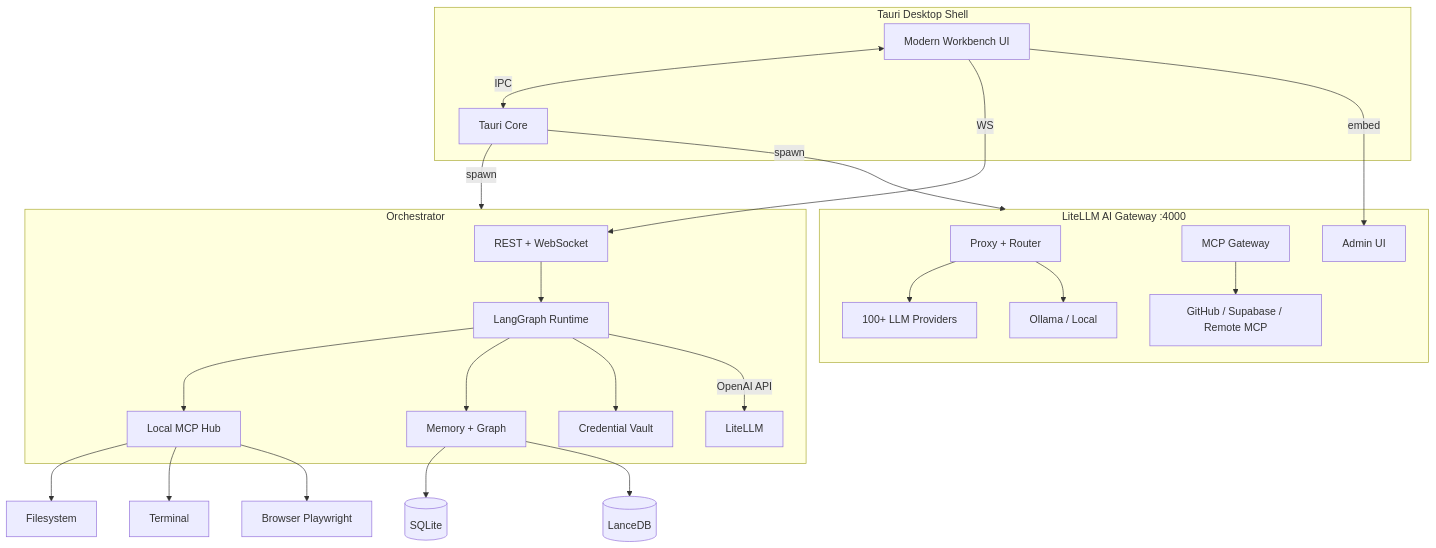
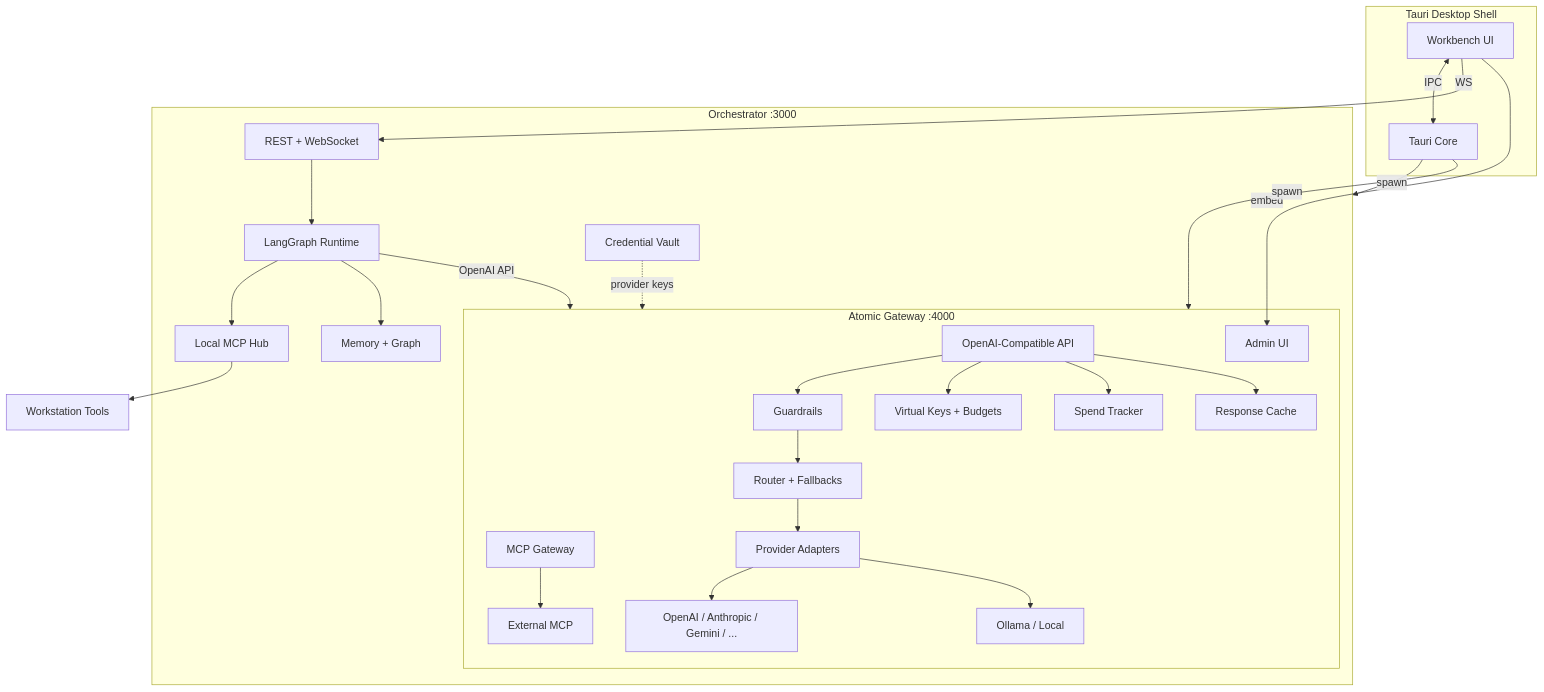
Before and after one commit to freqkflag/Atomic-Workstation: the first of 2 diagrams in docs/plans/2026-07-24-001-feat-atomic-workstation-mvp-plan.md, drawn with Mermaid. The commit also changed other lines of this file, not shown here.

First line of the commit message:
docs: replace LiteLLM with first-party Atomic Gateway

````diff
--- a/docs/plans/2026-07-24-001-feat-atomic-workstation-mvp-plan.md
+++ b/docs/plans/2026-07-24-001-feat-atomic-workstation-mvp-plan.md
@@ -205,40 +255,46 @@
 ```mermaid
 flowchart TB
   subgraph Desktop["Tauri Desktop Shell"]
-    WB[Modern Workbench UI]
+    WB[Workbench UI]
     Rust[Tauri Core]
     WB <-->|IPC| Rust
   end
 
-  subgraph Sidecar["Orchestrator"]
+  subgraph Orchestrator["Orchestrator :3000"]
     API[REST + WebSocket]
     Agent[LangGraph Runtime]
     LocalMCP[Local MCP Hub]
     Mem[Memory + Graph]
     Vault[Credential Vault]
     API --> Agent
     Agent --> LocalMCP
     Agent --> Mem
-    Agent --> Vault
-    Agent -->|OpenAI API| LiteLLM
+    Agent -->|OpenAI API| Gateway
   end
 
-  subgraph Gateway["LiteLLM AI Gateway :4000"]
-    Proxy[Proxy + Router]
+  subgraph Gateway["Atomic Gateway :4000"]
+    Proxy[OpenAI-Compatible API]
+    Router[Router + Fallbacks]
+    Keys[Virtual Keys + Budgets]
+    Spend[Spend Tracker]
     MCPgw[MCP Gateway]
+    Cache[Response Cache]
+    Guard[Guardrails]
     Admin[Admin UI]
-    Proxy --> Providers[100+ LLM Providers]
-    Proxy --> Ollama[Ollama / Local]
-    MCPgw --> ExtMCP[GitHub / Supabase / Remote MCP]
+    Adapters[Provider Adapters]
+    Proxy --> Guard --> Router --> Adapters
+    Proxy --> Keys
+    Proxy --> Spend
+    Proxy --> Cache
+    MCPgw --> ExtMCP[External MCP]
+    Adapters --> P1[OpenAI / Anthropic / Gemini / ...]
+    Adapters --> Ollama[Ollama / Local]
   end
 
-  LocalMCP --> FS[Filesystem]
-  LocalMCP --> PTY[Terminal]
-  LocalMCP --> BR[Browser Playwright]
-  Rust -->|spawn| Sidecar
+  LocalMCP --> WS[Workstation Tools]
+  Rust -->|spawn| Orchestrator
   Rust -->|spawn| Gateway
   WB -->|WS| API
   WB -->|embed| Admin
-  Mem --> SQLite[(SQLite)]
-  Mem --> Lance[(LanceDB)]
+  Vault -.->|provider keys| Gateway
 ```
````
